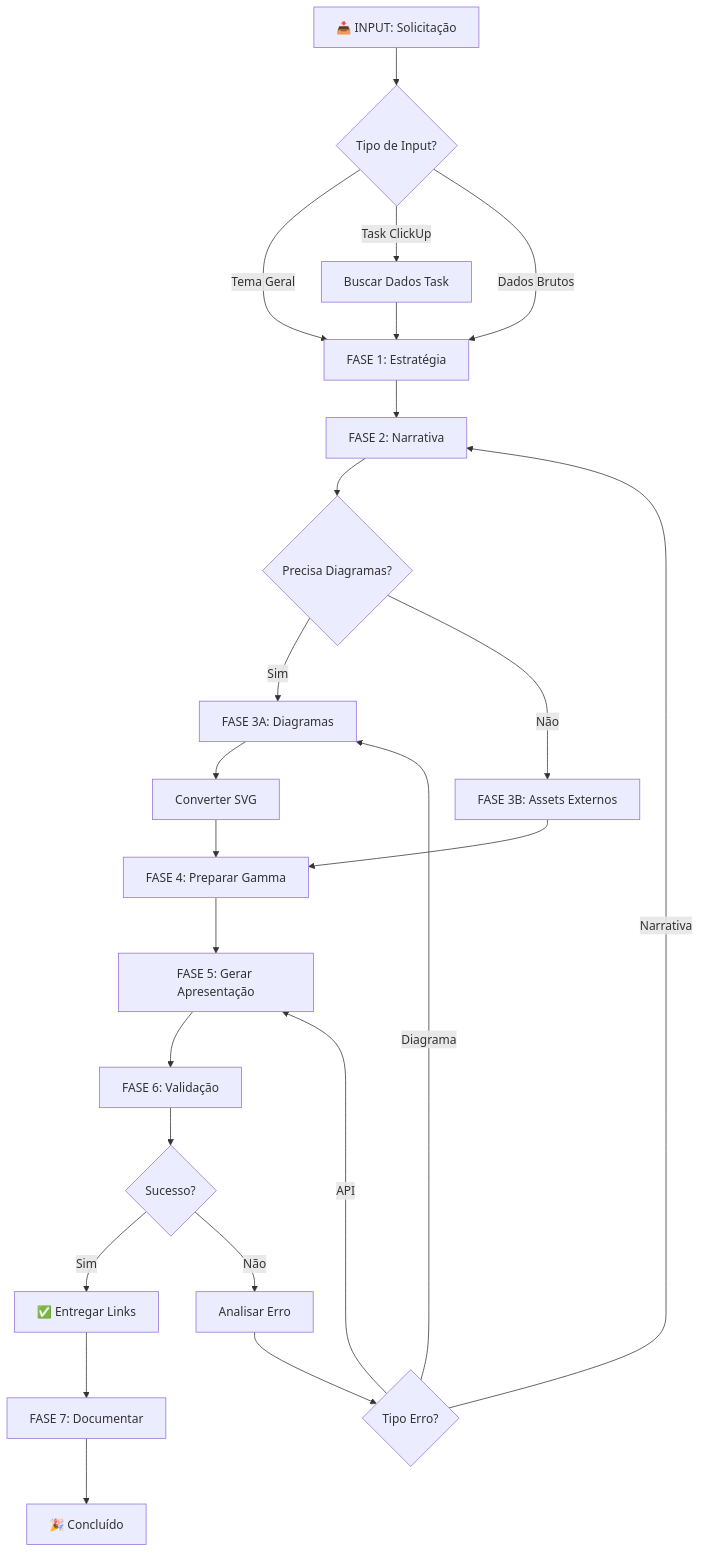
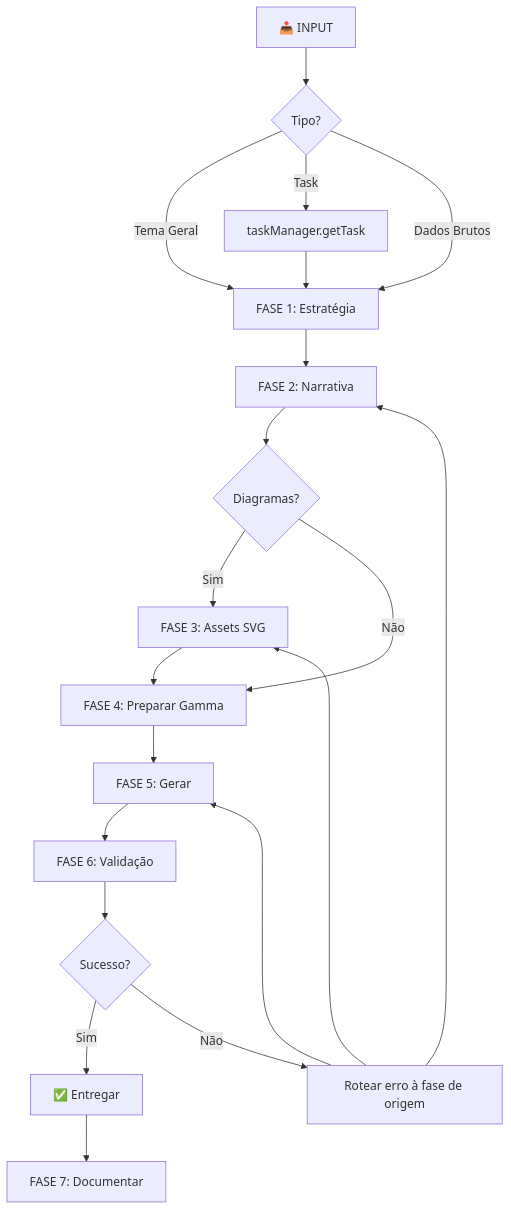
The diagram in .claude/agents/product/presentation-orchestrator.md (marciocar/onion-evolve), drawn with Mermaid before and after one commit. The commit also changed other lines of this file and 9 other files, not shown here.

````diff
--- a/.claude/agents/product/presentation-orchestrator.md
+++ b/.claude/agents/product/presentation-orchestrator.md
@@ -187,33 +72,16 @@
 ```mermaid
 graph TD
-    A[📥 INPUT: Solicitação] --> B{Tipo de Input?}
+    A[📥 INPUT] --> B{Tipo?}
     B -->|Tema Geral| C[FASE 1: Estratégia]
-    B -->|Task ClickUp| D[Buscar Dados Task]
+    B -->|Task| D[taskManager.getTask] --> C
     B -->|Dados Brutos| C
-    
-    D --> C
     C --> E[FASE 2: Narrativa]
-    E --> F{Precisa Diagramas?}
-    
-    F -->|Sim| G[FASE 3A: Diagramas]
-    F -->|Não| H[FASE 3B: Assets Externos]
-    
-    G --> I[Converter SVG]
-    H --> J[FASE 4: Preparar Gamma]
-    I --> J
-    
-    J --> K[FASE 5: Gerar Apresentação]
-    K --> L[FASE 6: Validação]
+    E --> F{Diagramas?}
+    F -->|Sim| G[FASE 3: Assets SVG] --> J
+    F -->|Não| J[FASE 4: Preparar Gamma]
+    J --> K[FASE 5: Gerar] --> L[FASE 6: Validação]
     L --> M{Sucesso?}
-    
-    M -->|Sim| N[✅ Entregar Links]
-    M -->|Não| O[Analisar Erro]
-    O --> P{Tipo Erro?}
-    
-    P -->|Narrativa| E
-    P -->|Diagrama| G
-    P -->|API| K
-    
-    N --> Q[FASE 7: Documentar]
-    Q --> R[🎉 Concluído]
+    M -->|Sim| N[✅ Entregar] --> Q[FASE 7: Documentar]
+    M -->|Não| O[Rotear erro à fase de origem]
+    O --> E & G & K
 ```
````
